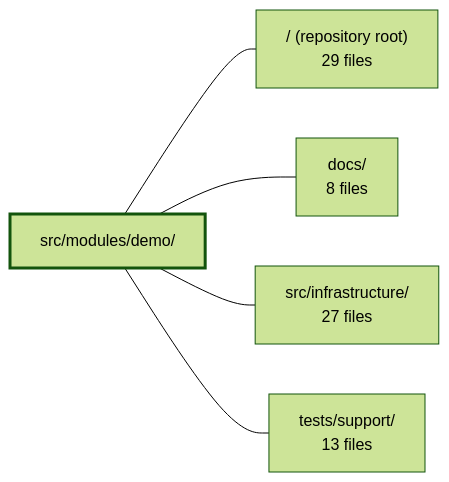
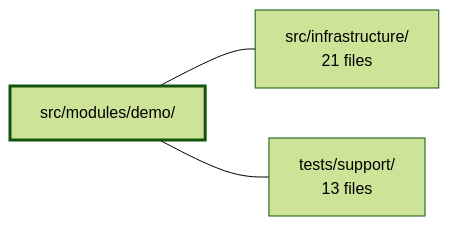
One commit to Guebbit/boilerplate-vue-frontend changed the diagram in .2repo/modules/boilerplate-vue-frontend_src_modules_demo.md. Above: the diagram before and after it, drawn with Mermaid (forest theme). The commit also changed other lines of this file and 335 other files, not shown here.

````diff
--- a/.2repo/modules/boilerplate-vue-frontend_src_modules_demo.md
+++ b/.2repo/modules/boilerplate-vue-frontend_src_modules_demo.md
@@ -36,13 +37,9 @@
 ```mermaid
 flowchart LR
     m_src_modules_demo["src/modules/demo/"]
-    m_root["/ (repository root)<br/>29 files"]
-    m_docs["docs/<br/>8 files"]
-    m_src_infrastructure["src/infrastructure/<br/>27 files"]
+    m_src_infrastructure["src/infrastructure/<br/>21 files"]
     m_tests_support["tests/support/<br/>13 files"]
-    m_src_modules_demo --- m_root
-    m_src_modules_demo --- m_docs
     m_src_modules_demo --- m_src_infrastructure
     m_src_modules_demo --- m_tests_support
     style m_src_modules_demo stroke-width:3px
 ```
````
